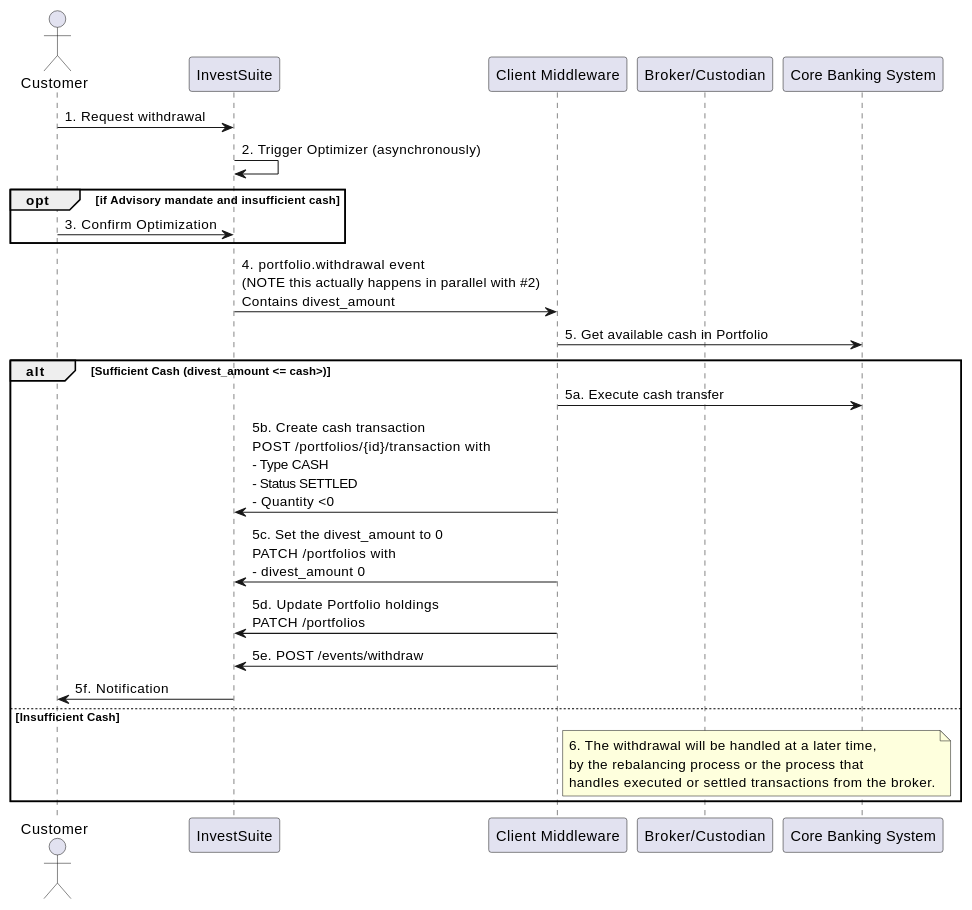
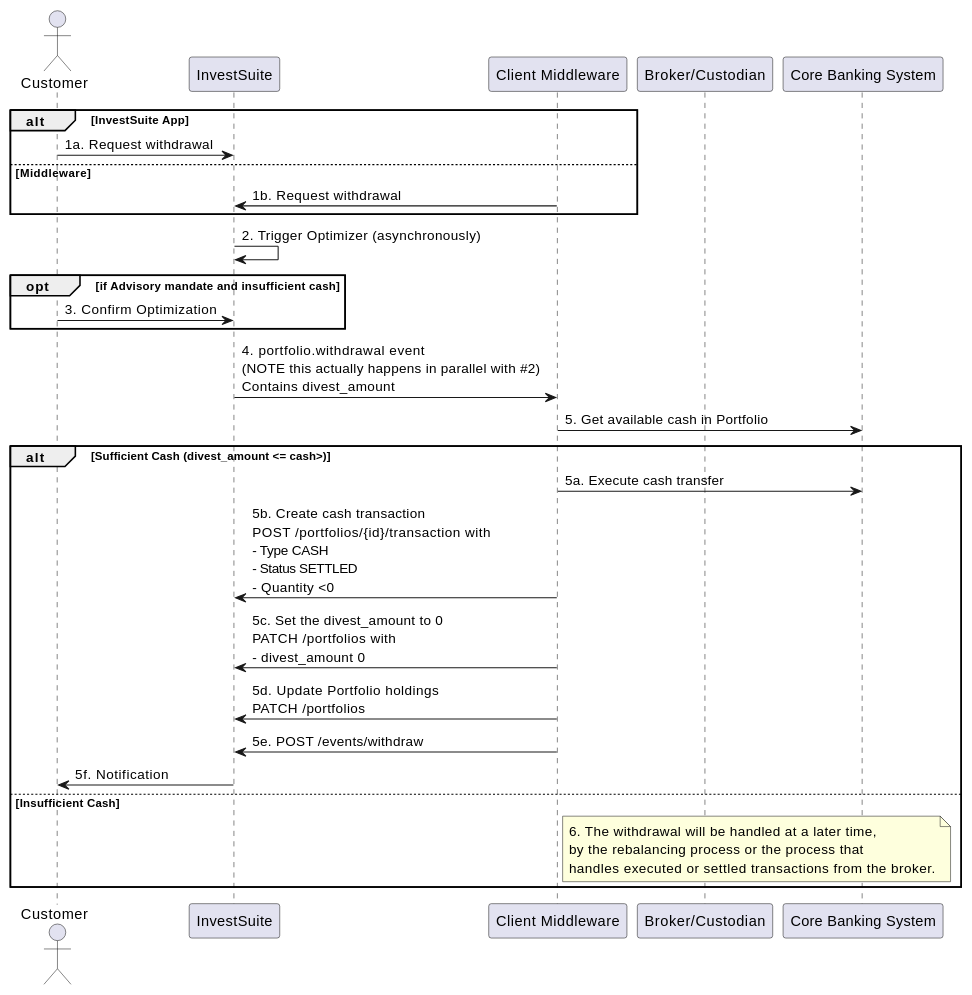
One commit to arcilli/investsuite-api-docs changed the third of 4 diagrams in docs/scenarios/cash_movements.md. Above: the diagram before and after it, drawn with PlantUML. The commit also changed other lines of this file, not shown here.

Commit message:
fix: added API withdrawal options for Robo after @Lotte-Verheyden-IVS  review for ODEA

````diff
--- a/docs/scenarios/cash_movements.md
+++ b/docs/scenarios/cash_movements.md
@@ -141,25 +149,29 @@
 ```plantuml
     actor "Customer" as _cus
     participant "InvestSuite" as _ivs
     participant "Client Middleware" as _cmw
     participant "Broker/Custodian" as _bc
     participant "Core Banking System" as _cbs
 
-    _cus->_ivs:1. Request withdrawal
+    alt InvestSuite App
+        _cus->_ivs:1a. Request withdrawal
+    else Middleware
+        _cmw->_ivs:1b. Request withdrawal
+    end
     _ivs->_ivs:2. Trigger Optimizer (asynchronously)
     opt if Advisory mandate and insufficient cash
         _cus->_ivs:3. Confirm Optimization
     end
     _ivs->_cmw: 4. portfolio.withdrawal event\n(NOTE this actually happens in parallel with #2)\nContains divest_amount
     _cmw -> _cbs: 5. Get available cash in Portfolio
     alt Sufficient Cash (divest_amount <= cash>)
         _cmw -> _cbs: 5a. Execute cash transfer
         _cmw -> _ivs: 5b. Create cash transaction\nPOST /portfolios/{id}/transaction with\n- Type CASH\n- Status SETTLED\n- Quantity <0
         _cmw -> _ivs: 5c. Set the divest_amount to 0\nPATCH /portfolios with\n- divest_amount 0
         _cmw -> _ivs: 5d. Update Portfolio holdings\nPATCH /portfolios
         _ivs <- _cmw: 5e. POST /events/withdraw
         _cus <-_ivs: 5f. Notification
     else Insufficient Cash
         note right of _cmw: 6. The withdrawal will be handled at a later time,\nby the rebalancing process or the process that\nhandles executed or settled transactions from the broker.
     end
 ```
````
